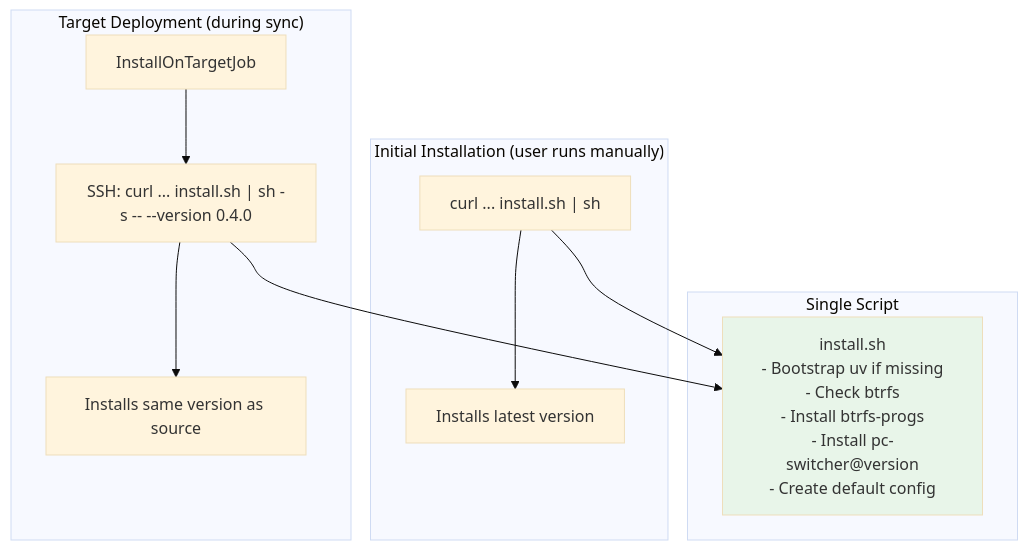
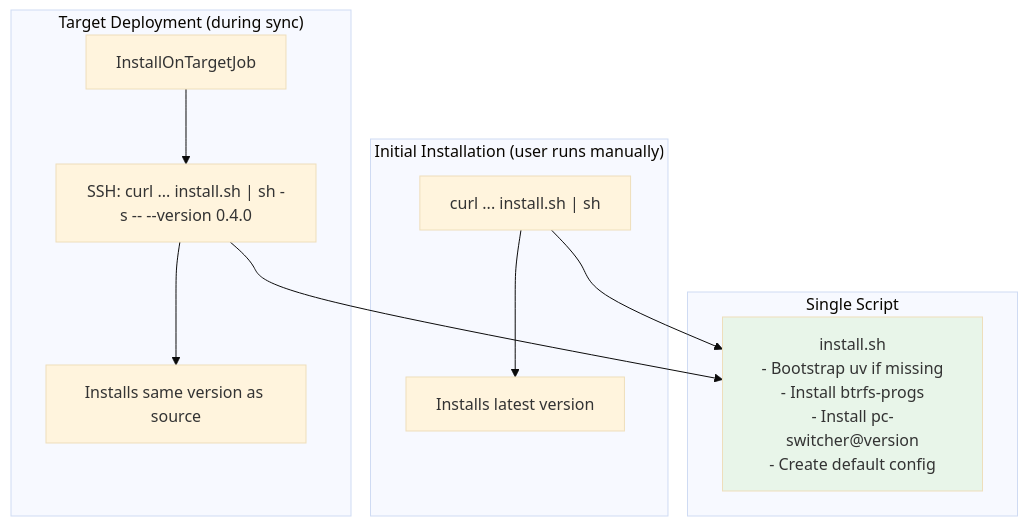
Diagram 20 of 21 in specs/001-foundation/architecture.md (flaksit/pc-switcher), drawn with Mermaid (base theme) before and after one commit. The commit also changed other lines of this file and 10 other files, not shown here.

````diff
--- a/specs/001-foundation/architecture.md
+++ b/specs/001-foundation/architecture.md
@@ -1513,26 +1546,26 @@
 ```mermaid
 graph TD
     subgraph "Initial Installation (user runs manually)"
         UserCurl["curl ... install.sh | sh"]
         Note1["Installs latest version"]
     end
 
     subgraph "Target Deployment (during sync)"
         InstallJob["InstallOnTargetJob"]
         SSHCurl["SSH: curl ... install.sh | sh -s -- --version 0.4.0"]
         Note2["Installs same version as source"]
     end
 
     subgraph "Single Script"
-        InstallSh["install.sh<br/>- Bootstrap uv if missing<br/>- Check btrfs<br/>- Install btrfs-progs<br/>- Install pc-switcher@version<br/>- Create default config"]
+        InstallSh["install.sh<br/>- Bootstrap uv if missing<br/>- Install btrfs-progs<br/>- Install pc-switcher@version<br/>- Create default config"]
     end
 
     UserCurl --> Note1
     InstallJob --> SSHCurl
     SSHCurl --> Note2
 
     UserCurl --> InstallSh
     SSHCurl --> InstallSh
 
     style InstallSh fill:#e8f5e9
 ```
````
